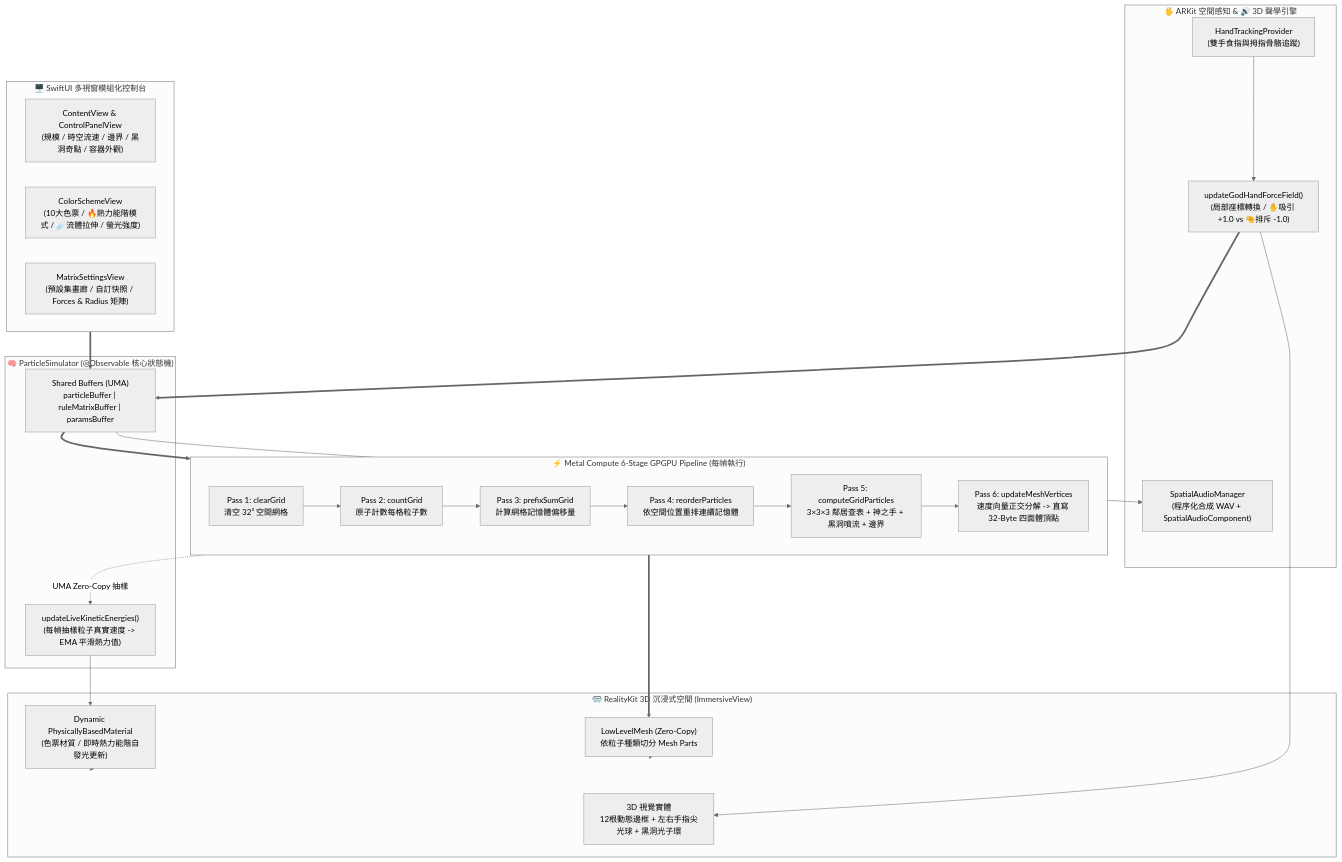
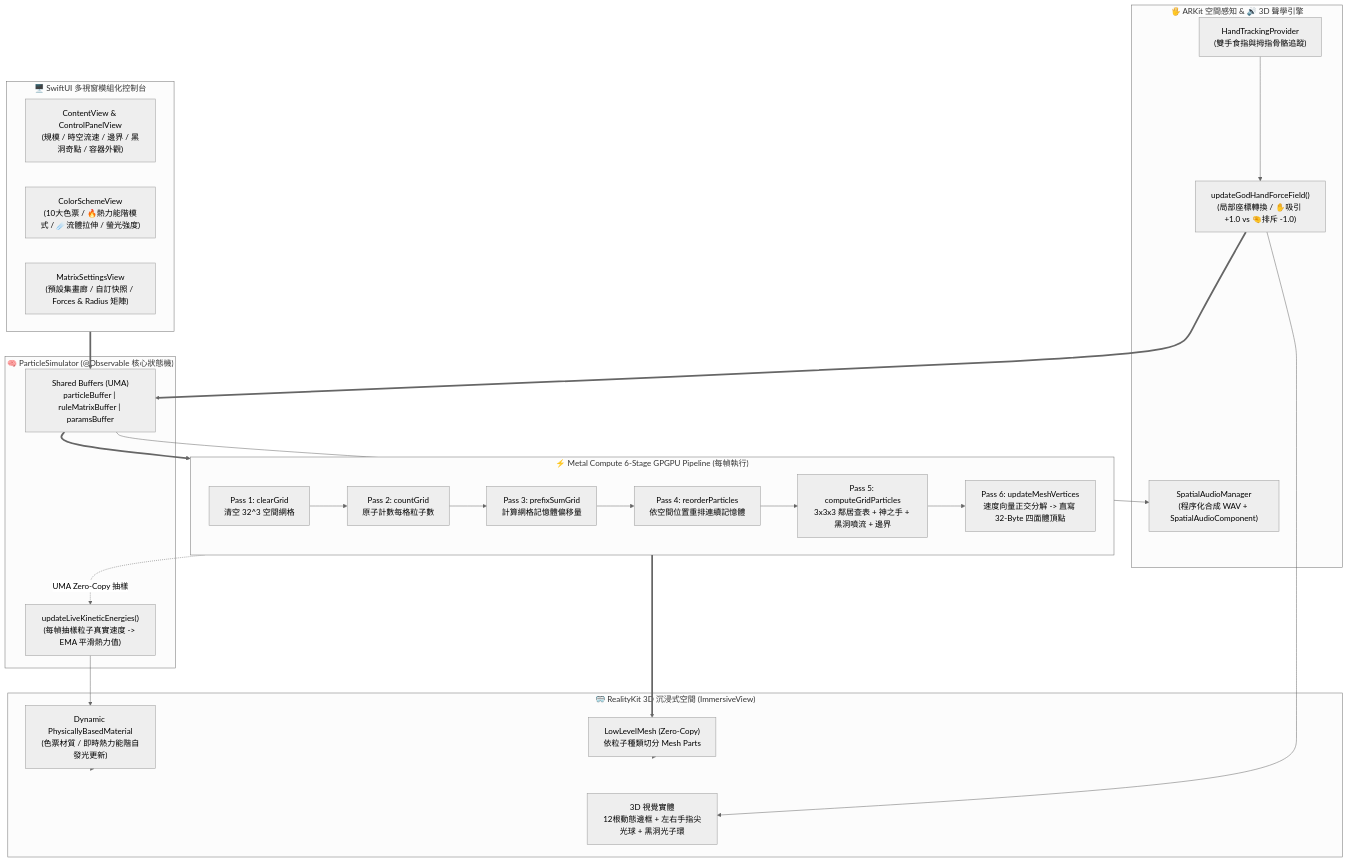
Before and after one commit to lennox0909/ParticleVision: the diagram in README.md, drawn with Mermaid (neutral theme). The commit also changed other lines of this file, not shown here.

````diff
--- a/README.md
+++ b/README.md
@@ -52,47 +52,46 @@
 ```mermaid
 flowchart TB
     subgraph SwiftUI_Windows ["🖥️ SwiftUI 多視窗模組化控制台"]
         MainUI["ContentView & ControlPanelView<br/>(規模 / 時空流速 / 邊界 / 黑洞奇點 / 容器外觀)"]
         ColorUI["ColorSchemeView<br/>(10大色票 / 🔥熱力能階模式 / ☄️流體拉伸 / 螢光強度)"]
         MatrixUI["MatrixSettingsView<br/>(預設集畫廊 / 自訂快照 / Forces & Radius 矩陣)"]
     end
 
     subgraph ARKit_Audio ["🖐️ ARKit 空間感知 & 🔊 3D 聲學引擎"]
         HandTrack["HandTrackingProvider<br/>(雙手食指與拇指骨骼追蹤)"]
         GodHand["updateGodHandForceField()<br/>(局部座標轉換 / ✋吸引 +1.0 vs 🤏排斥 -1.0)"]
         SpatialAudio["SpatialAudioManager<br/>(程序化合成 WAV + SpatialAudioComponent)"]
     end
 
     subgraph Simulator_Core ["🧠 ParticleSimulator (@Observable 核心狀態機)"]
         SimState["Shared Buffers (UMA)<br/>particleBuffer | ruleMatrixBuffer | paramsBuffer"]
         KineticSampler["updateLiveKineticEnergies()<br/>(每幀抽樣粒子真實速度 -> EMA 平滑熱力值)"]
     end
 
     subgraph Metal_GPGPU ["⚡ Metal Compute 6-Stage GPGPU Pipeline (每幀執行)"]
         direction LR
-        P1["Pass 1: clearGrid<br/>清空 32³ 空間網格"] --> P2["Pass 2: countGrid<br/>原子計數每格粒子數"]
+        P1["Pass 1: clearGrid<br/>清空 32^3 空間網格"] --> P2["Pass 2: countGrid<br/>原子計數每格粒子數"]
         P2 --> P3["Pass 3: prefixSumGrid<br/>計算網格記憶體偏移量"]
         P3 --> P4["Pass 4: reorderParticles<br/>依空間位置重排連續記憶體"]
-        P4 --> P5["Pass 5: computeGridParticles<br/>3×3×3 鄰居查表 + 神之手 + 黑洞噴流 + 邊界"]
+        P4 --> P5["Pass 5: computeGridParticles<br/>3x3x3 鄰居查表 + 神之手 + 黑洞噴流 + 邊界"]
         P5 --> P6["Pass 6: updateMeshVertices<br/>速度向量正交分解 -> 直寫 32-Byte 四面體頂點"]
     end
 
     subgraph RealityKit_Render ["🥽 RealityKit 3D 沉浸式空間 (ImmersiveView)"]
         LowMesh["LowLevelMesh (Zero-Copy)<br/>依粒子種類切分 Mesh Parts"]
         PBRMat["Dynamic PhysicallyBasedMaterial<br/>(色票材質 / 即時熱力能階自發光更新)"]
         VisualOrbs["3D 視覺實體<br/>12根動態邊框 + 左右手指尖光球 + 黑洞光子環"]
     end
 
     SwiftUI_Windows ==> SimState
     HandTrack --> GodHand
     GodHand ==> SimState
     GodHand --> VisualOrbs
     SimState --> SpatialAudio
     SimState ==> Metal_GPGPU
     P5 -. "UMA Zero-Copy 抽樣" .-> KineticSampler
     KineticSampler --> PBRMat
     P6 ==> LowMesh
     LowMesh --> RealityKit_Render
     PBRMat --> RealityKit_Render
-    
 ```
````
